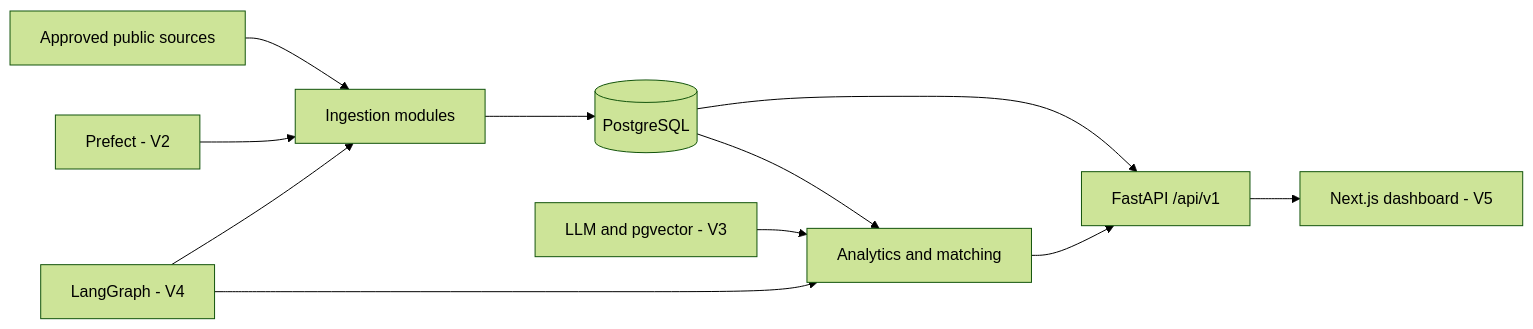
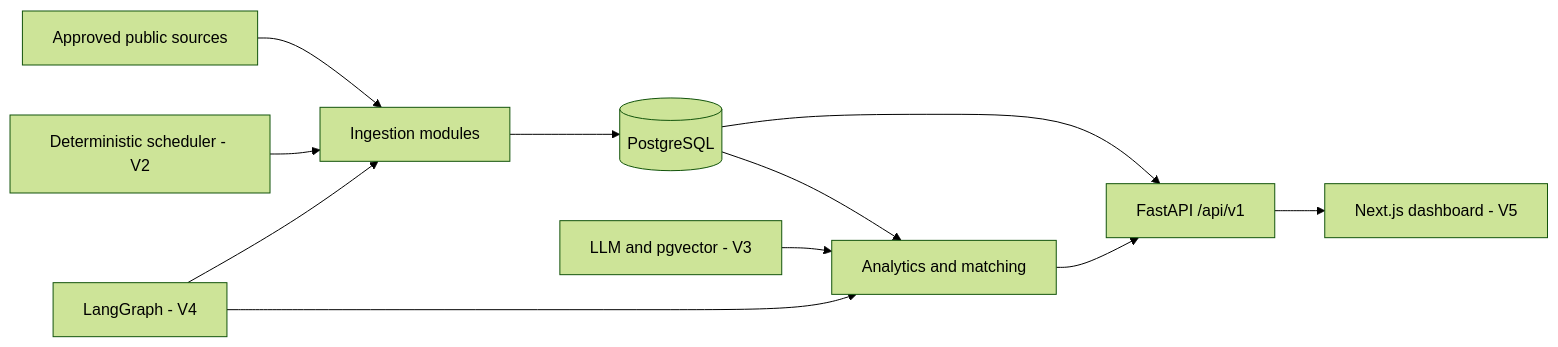
The diagram in README.md (HPhucTV/DevRadar), drawn with Mermaid (forest theme) before and after one commit. The commit also changed other lines of this file and 6 other files, not shown here.

````diff
--- a/README.md
+++ b/README.md
@@ -41,13 +41,13 @@
 ```mermaid
 flowchart LR
     S["Approved public sources"] --> I["Ingestion modules"]
     I --> P[("PostgreSQL")]
     P --> A["FastAPI /api/v1"]
     P --> X["Analytics and matching"]
     X --> A
     A --> W["Next.js dashboard - V5"]
-    O["Prefect - V2"] --> I
+    O["Deterministic scheduler - V2"] --> I
     L["LLM and pgvector - V3"] --> X
     G["LangGraph - V4"] --> I
     G --> X
 ```
````
